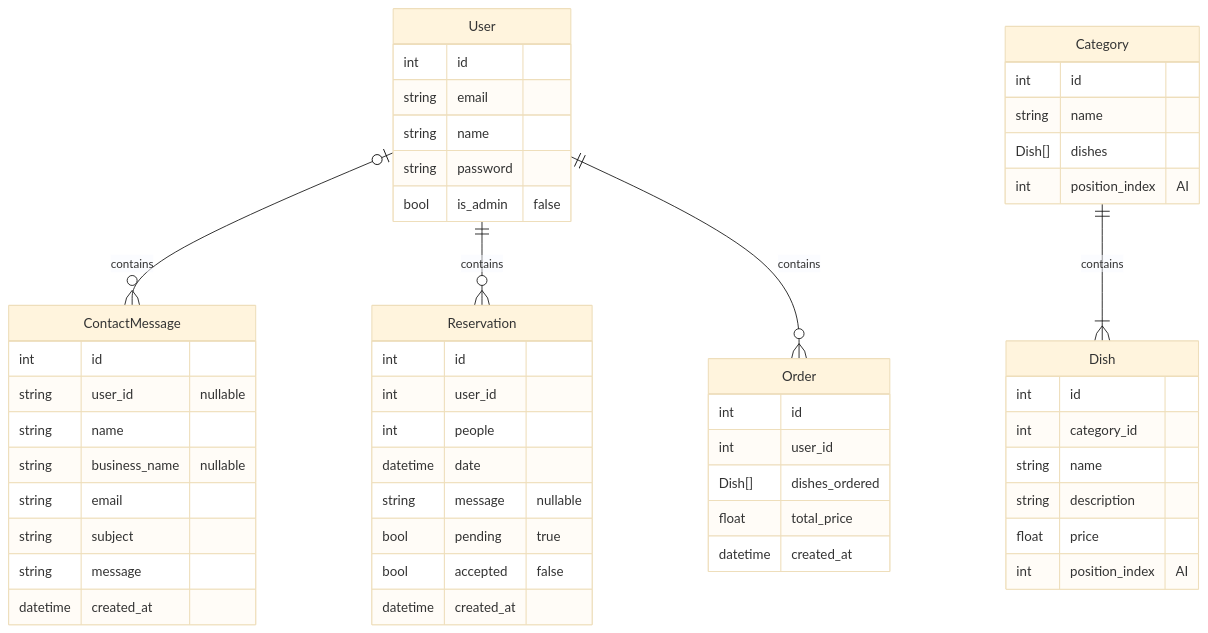
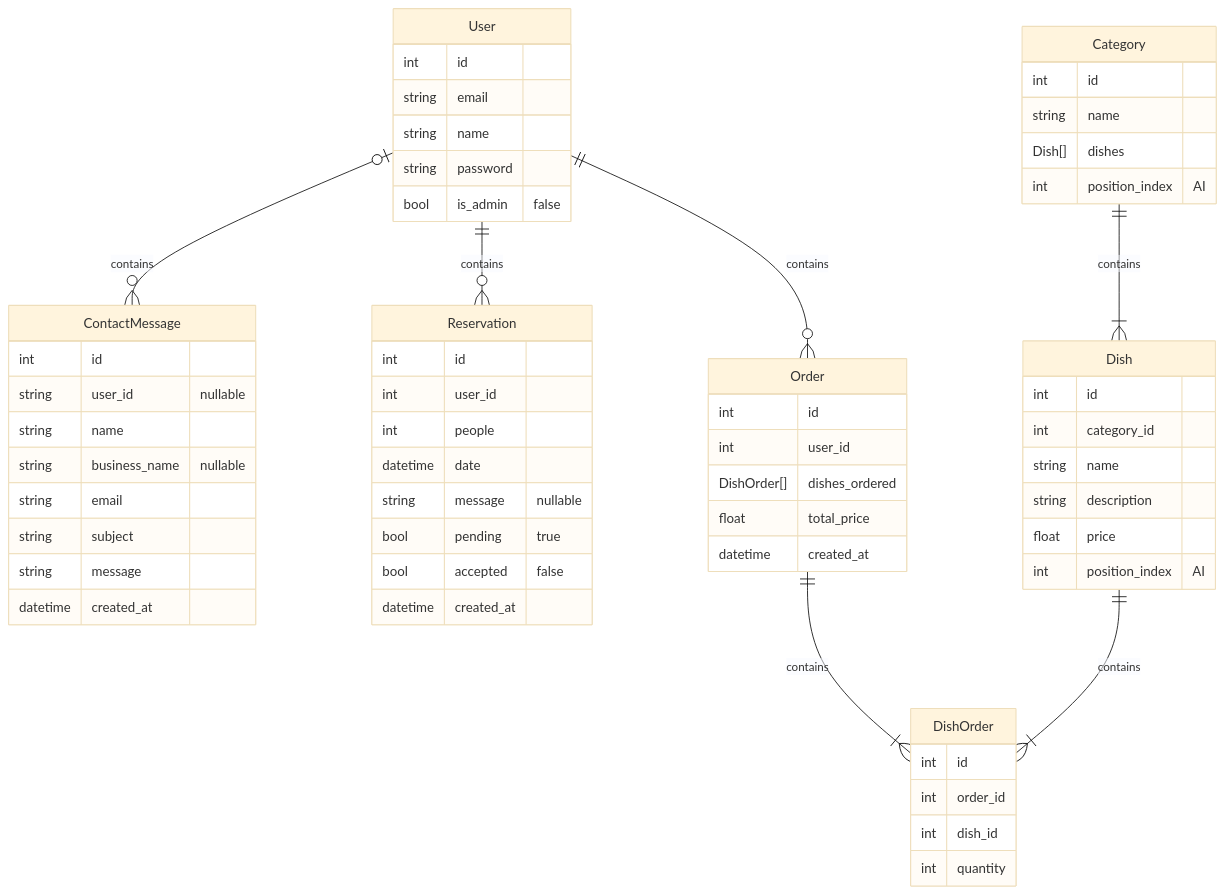
The diagram in docs/sdd.md (Rutger505/cafe-pronk-backend), drawn with Mermaid (base theme) before and after one commit. The commit also changed 4 other files, not shown here.

````diff
--- a/docs/sdd.md
+++ b/docs/sdd.md
@@ -7,62 +7,72 @@
 ```mermaid
 erDiagram
     User {
         int id
         string email
         string name
         string password
         bool is_admin "false"
     }
     
     User |o--o{ ContactMessage: contains
     User ||--o{ Reservation: contains
     User ||--o{ Order: contains
 
     ContactMessage {
         int id
         string user_id "nullable"
         string name
         string business_name "nullable"
         string email
         string subject
         string message
         datetime created_at
     }
 
     Reservation {
         int id
         int user_id 
         int people
         datetime date
         string message "nullable"
         bool pending "true"
         bool accepted "false"
         datetime created_at
     }
     
     Order {
         int id
         int user_id
-        Dish[] dishes_ordered
+        DishOrder[] dishes_ordered
         float total_price
         datetime created_at
+    }
+    
+    Order ||--|{ DishOrder: contains
+    Dish ||--|{ DishOrder: contains
+    
+    DishOrder {
+        int id
+        int order_id
+        int dish_id
+        int quantity
     }
 
     Category {
         int id
         string name
         Dish[] dishes
         int position_index "AI"
     }
 
     Category ||--|{ Dish: contains
  
     Dish {
         int id
         int category_id
         string name
         string description
         float price
         int position_index "AI"
     }
 ```
````
